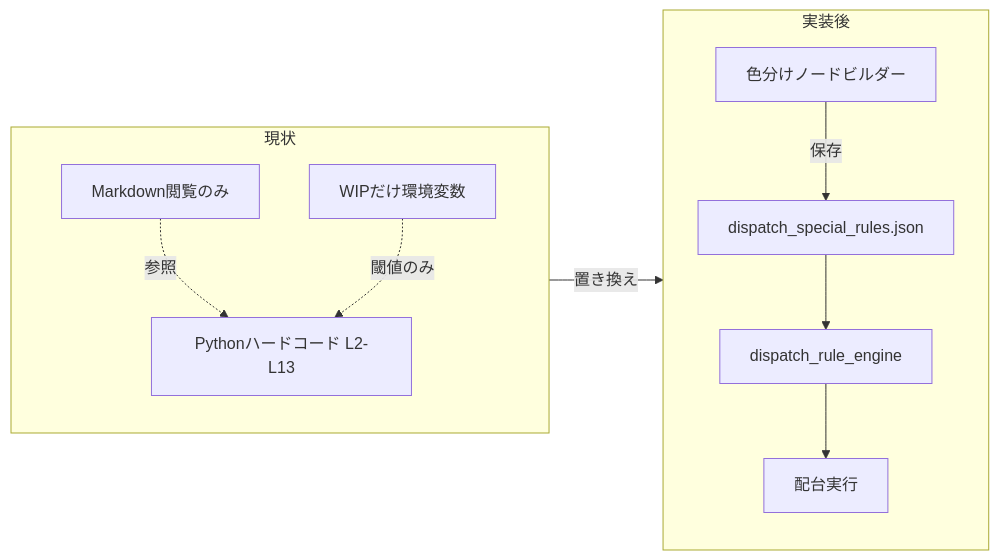
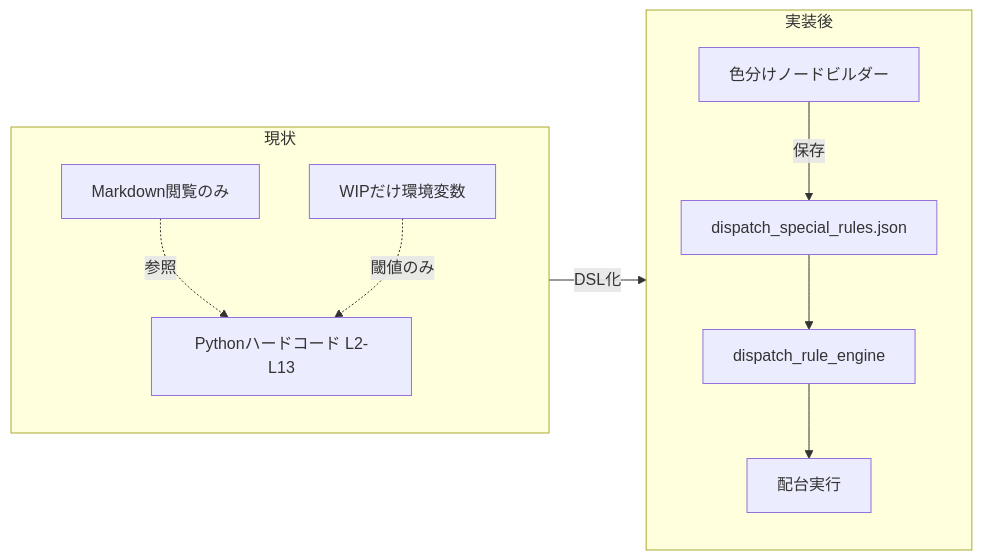
One commit to hosokawanagaokasangyou-dotcom/Production-Control-System changed the first of 15 diagrams in .cursor/plans/dispatch_special_rules_node_ui.plan.md. Above: the diagram before and after it, drawn with Mermaid. The commit also changed other lines of this file and 44 other files, not shown here.

````diff
--- a/.cursor/plans/dispatch_special_rules_node_ui.plan.md
+++ b/.cursor/plans/dispatch_special_rules_node_ui.plan.md
@@ -63,19 +81,19 @@
 ```mermaid
 flowchart LR
   subgraph before [現状]
     Md[Markdown閲覧のみ]
     PyHard[Pythonハードコード L2-L13]
     Env[WIPだけ環境変数]
     Md -.->|参照| PyHard
     Env -.->|閾値のみ| PyHard
   end
   subgraph after [実装後]
     Builder[色分けノードビルダー]
     JsonFile[dispatch_special_rules.json]
     Engine[dispatch_rule_engine]
     Builder -->|保存| JsonFile
     JsonFile --> Engine
     Engine --> Dispatch[配台実行]
   end
-  before -->|置き換え| after
+  before -->|DSL化| after
 ```
````
